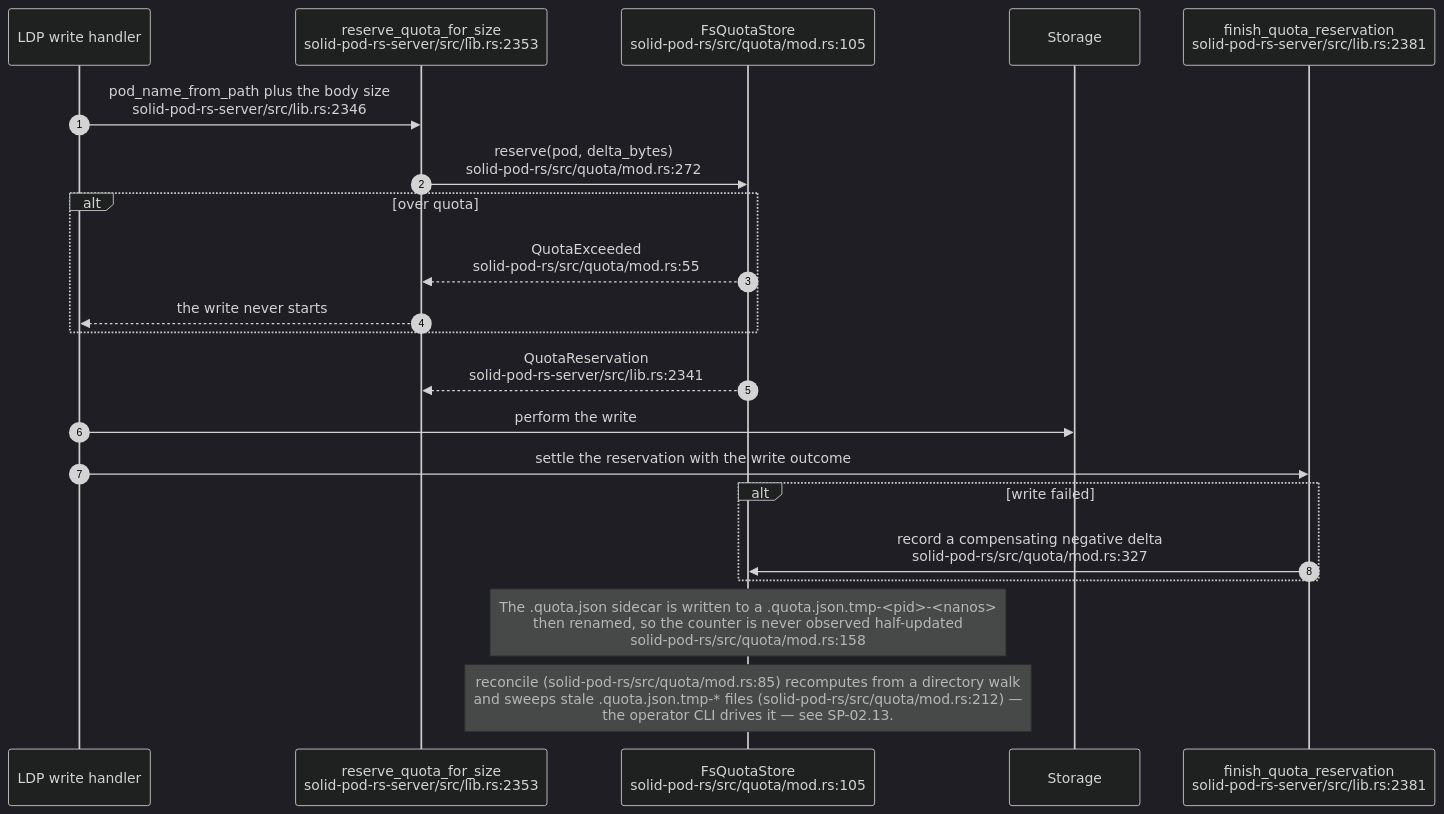
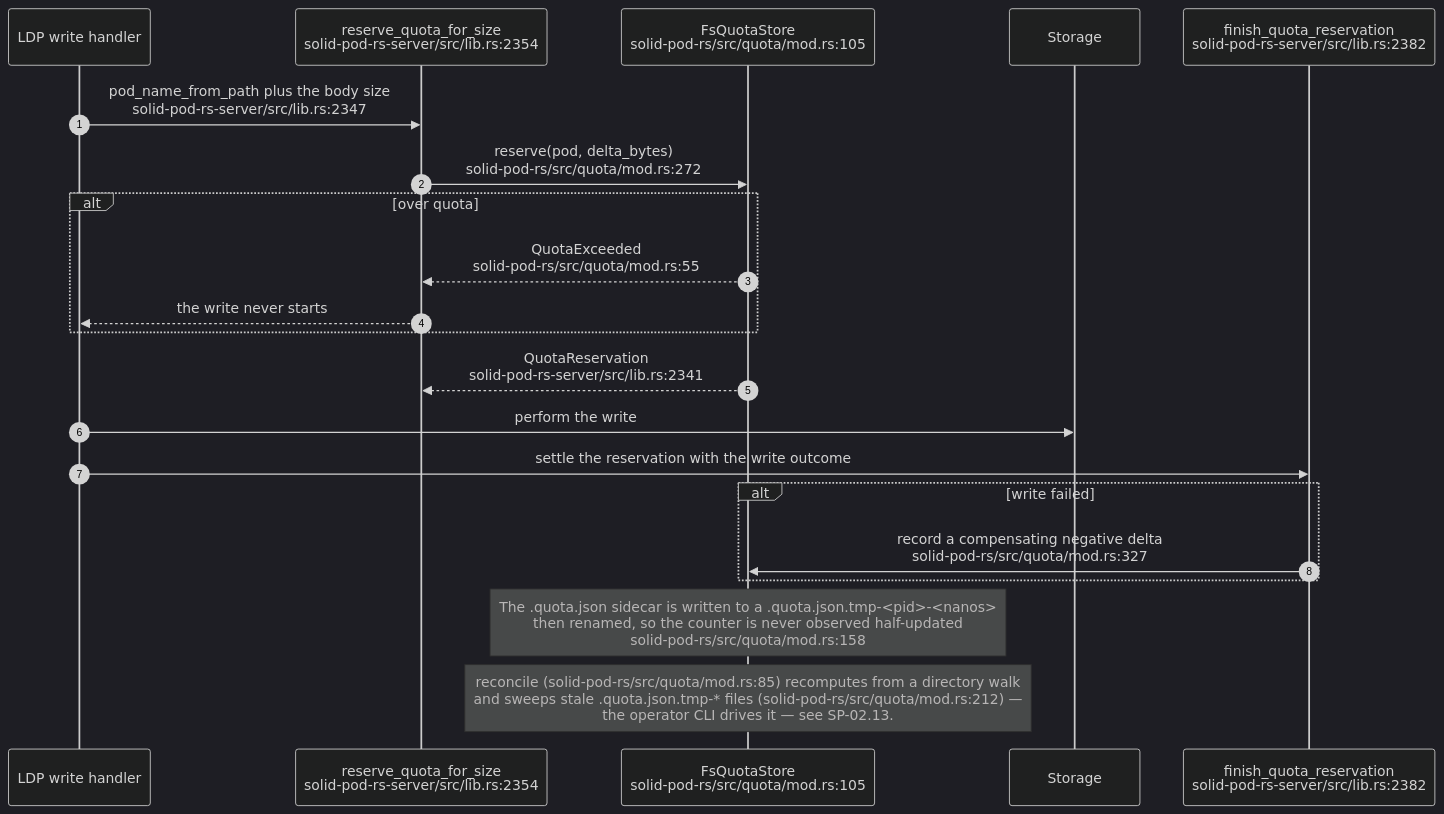
The fifth of 11 diagrams in docs/diagrams/solid-pod-rs/06-storage-quota-and-git-pods.md (DreamLab-AI/VisionFlow), drawn with Mermaid (dark theme) before and after one commit. The commit also changed other lines of this file and 111 other files, not shown here.

Commit message:
docs(diagrams): align estate maps with current source

````diff
--- a/docs/diagrams/solid-pod-rs/06-storage-quota-and-git-pods.md
+++ b/docs/diagrams/solid-pod-rs/06-storage-quota-and-git-pods.md
@@ -125,24 +125,24 @@
 ```mermaid
 sequenceDiagram
     autonumber
     participant H as LDP write handler
-    participant RQ as reserve_quota_for_size<br/>solid-pod-rs-server/src/lib.rs:2353
+    participant RQ as reserve_quota_for_size<br/>solid-pod-rs-server/src/lib.rs:2354
     participant Q as FsQuotaStore<br/>solid-pod-rs/src/quota/mod.rs:105
     participant S as Storage
-    participant FQ as finish_quota_reservation<br/>solid-pod-rs-server/src/lib.rs:2381
+    participant FQ as finish_quota_reservation<br/>solid-pod-rs-server/src/lib.rs:2382
 
-    H->>RQ: pod_name_from_path plus the body size<br/>solid-pod-rs-server/src/lib.rs:2346
+    H->>RQ: pod_name_from_path plus the body size<br/>solid-pod-rs-server/src/lib.rs:2347
     RQ->>Q: reserve(pod, delta_bytes)<br/>solid-pod-rs/src/quota/mod.rs:272
     alt over quota
         Q-->>RQ: QuotaExceeded<br/>solid-pod-rs/src/quota/mod.rs:55
         RQ-->>H: the write never starts
     end
     Q-->>RQ: QuotaReservation<br/>solid-pod-rs-server/src/lib.rs:2341
     H->>S: perform the write
     H->>FQ: settle the reservation with the write outcome
     alt write failed
         FQ->>Q: record a compensating negative delta<br/>solid-pod-rs/src/quota/mod.rs:327
     end
     Note over Q: The .quota.json sidecar is written to a .quota.json.tmp-<pid>-<nanos><br/>then renamed, so the counter is never observed half-updated<br/>solid-pod-rs/src/quota/mod.rs:158
     Note over Q: reconcile (solid-pod-rs/src/quota/mod.rs:85) recomputes from a directory walk<br/>and sweeps stale .quota.json.tmp-* files (solid-pod-rs/src/quota/mod.rs:212) —<br/>the operator CLI drives it — see SP-02.13.
 ```
````
